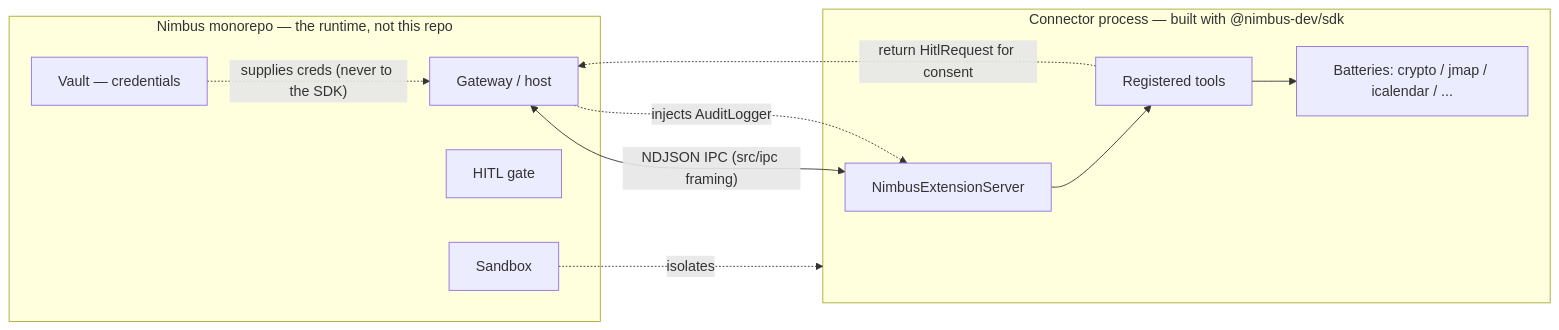
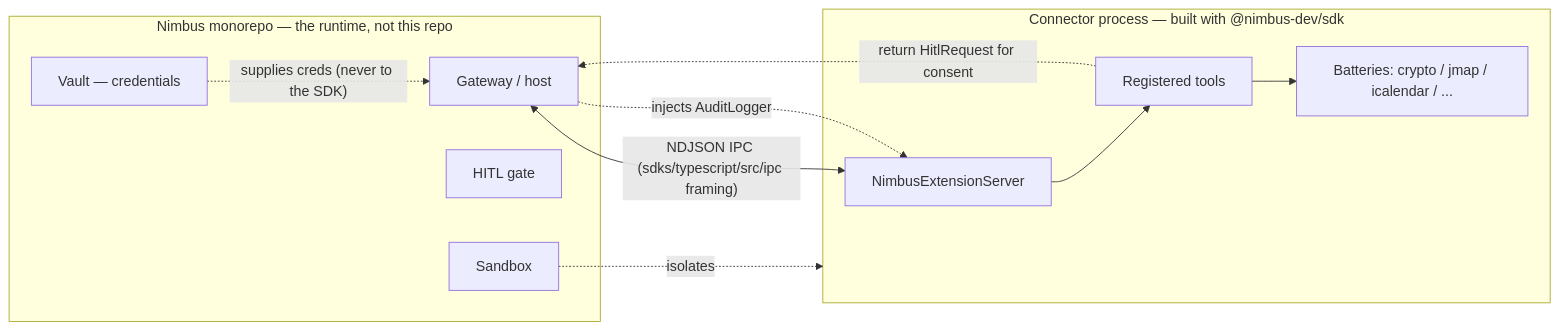
One commit to nimbus-agent/nimbus-sdk changed the first of 2 diagrams in docs/ARCHITECTURE.md. Above: the diagram before and after it, drawn with Mermaid. The commit also changed other lines of this file and 132 other files, not shown here.

First line of the commit message:
fix: move the TypeScript SDK to sdks/typescript (#70)

````diff
--- a/docs/ARCHITECTURE.md
+++ b/docs/ARCHITECTURE.md
@@ -101,20 +103,20 @@
 ```mermaid
 flowchart LR
   subgraph nimbus["Nimbus monorepo — the runtime, not this repo"]
     gw["Gateway / host"]
     vault["Vault — credentials"]
     hitl["HITL gate"]
     sbx["Sandbox"]
   end
   subgraph connector["Connector process — built with @nimbus-dev/sdk"]
     srv["NimbusExtensionServer"]
     tools["Registered tools"]
     bat["Batteries: crypto / jmap / icalendar / ..."]
   end
-  gw <-- "NDJSON IPC (src/ipc framing)" --> srv
+  gw <-- "NDJSON IPC (sdks/typescript/src/ipc framing)" --> srv
   srv --> tools --> bat
   gw -. "injects AuditLogger" .-> srv
   tools -. "return HitlRequest for consent" .-> gw
   sbx -. isolates .-> connector
   vault -. "supplies creds (never to the SDK)" .-> gw
 ```
````
